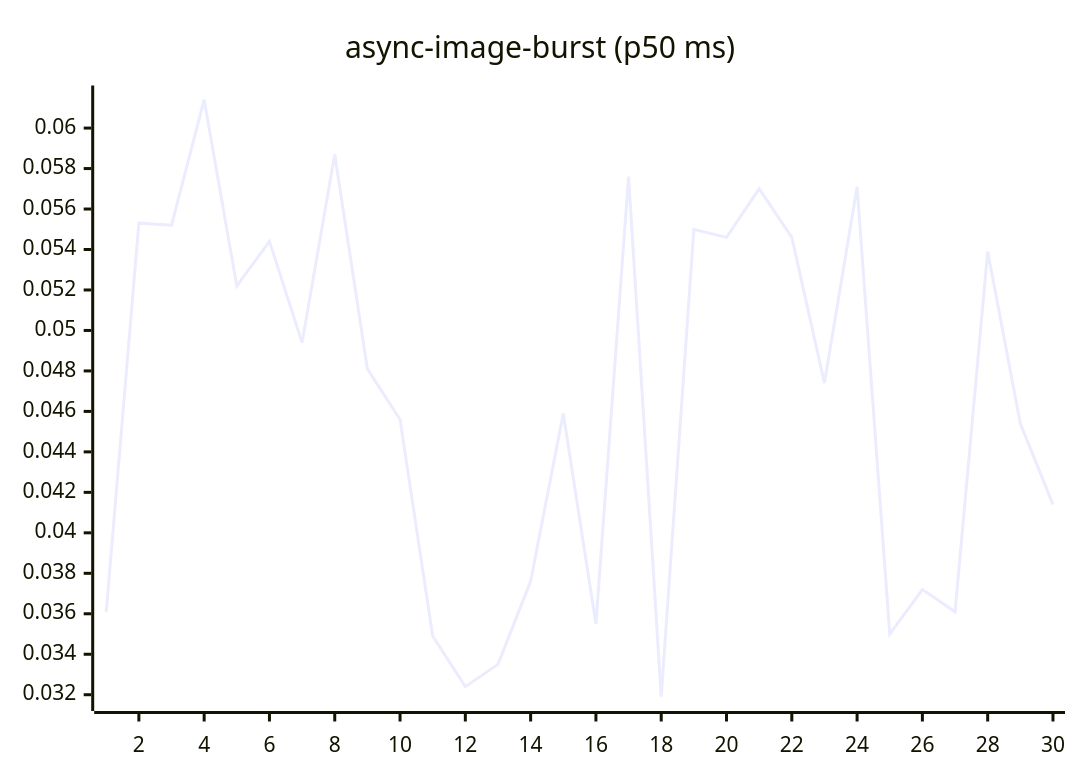
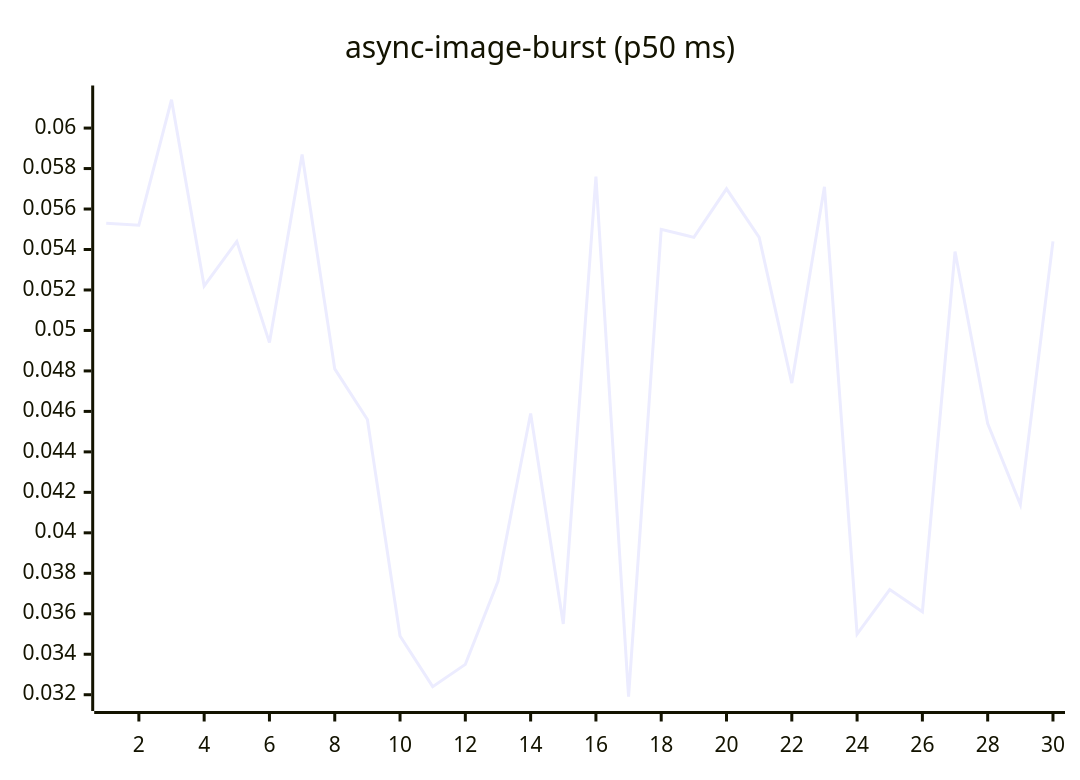
Before and after one commit to josha/Facet: the fourth of 27 diagrams in README.md, drawn with Mermaid. The commit also changed other lines of this file and 2 other files, not shown here.

````diff
--- a/README.md
+++ b/README.md
@@ -84,6 +84,6 @@
 ```mermaid
 xychart-beta
     title "async-image-burst (p50 ms)"
     x-axis 1 --> 30
-    line [0.0361, 0.0553, 0.0552, 0.0614, 0.0522, 0.0544, 0.0494, 0.0587, 0.0481, 0.0456, 0.0349, 0.0324, 0.0335, 0.0376, 0.0459, 0.0355, 0.0576, 0.0319, 0.0550, 0.0546, 0.0570, 0.0546, 0.0474, 0.0571, 0.0350, 0.0372, 0.0361, 0.0539, 0.0454, 0.0414]
+    line [0.0553, 0.0552, 0.0614, 0.0522, 0.0544, 0.0494, 0.0587, 0.0481, 0.0456, 0.0349, 0.0324, 0.0335, 0.0376, 0.0459, 0.0355, 0.0576, 0.0319, 0.0550, 0.0546, 0.0570, 0.0546, 0.0474, 0.0571, 0.0350, 0.0372, 0.0361, 0.0539, 0.0454, 0.0414, 0.0544]
 ```
````
